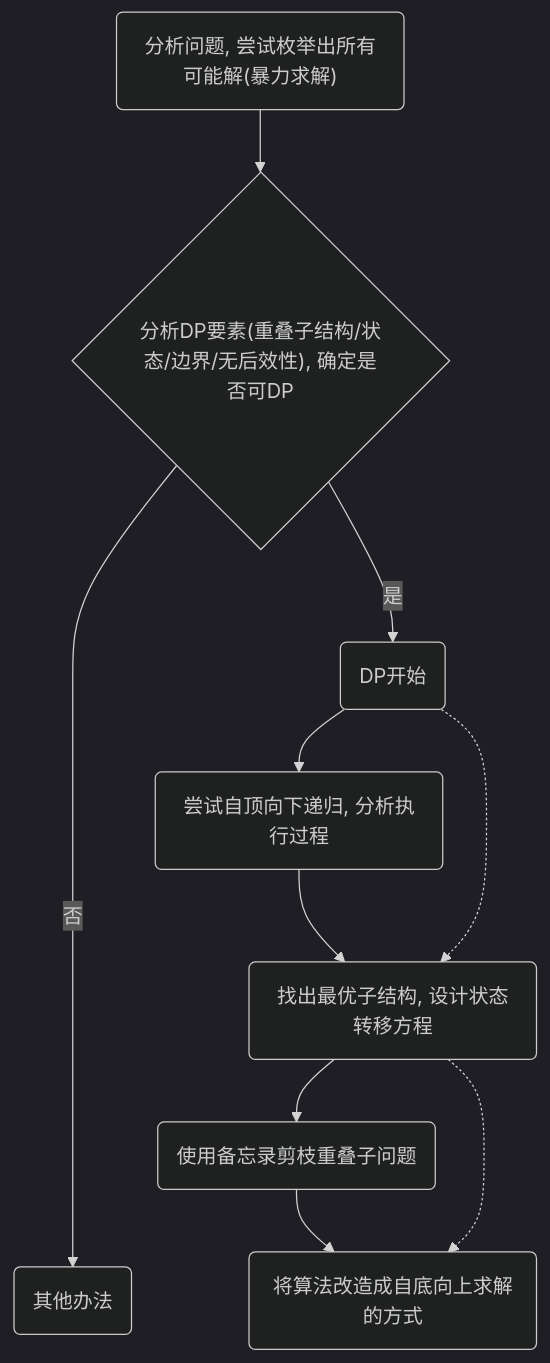
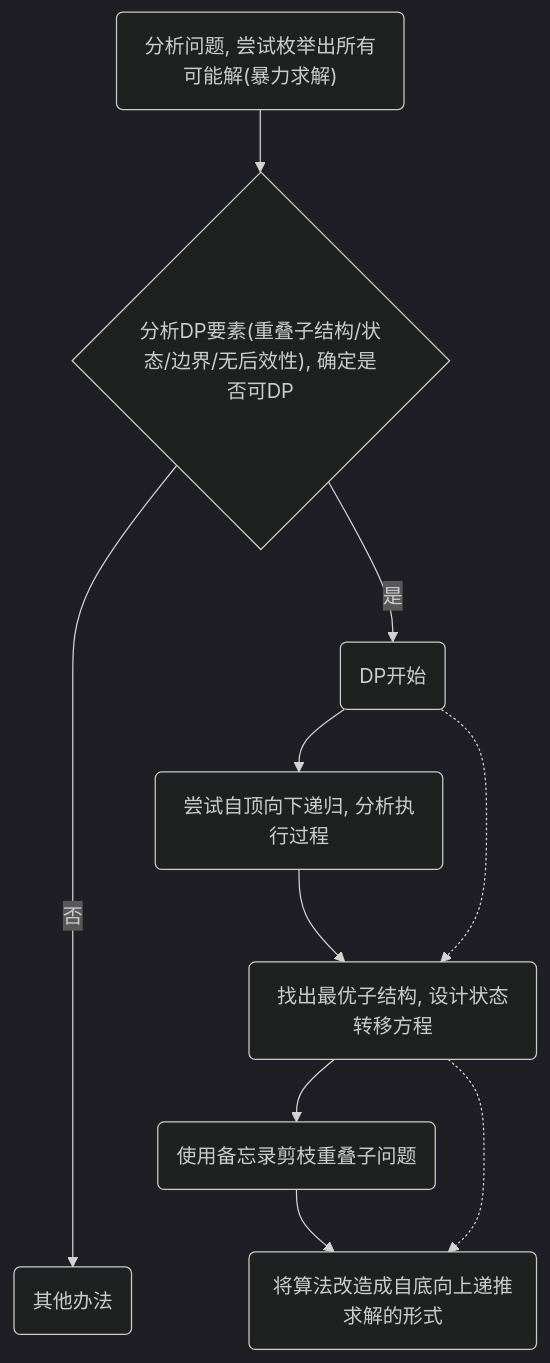
One commit to Maorey/Blog changed the fourth of 6 diagrams in docs/blog/dynamicProgramming.md. Above: the diagram before and after it, drawn with Mermaid (dark theme). The commit also changed other lines of this file, not shown here.

````diff
--- a/docs/blog/dynamicProgramming.md
+++ b/docs/blog/dynamicProgramming.md
@@ -301,12 +301,12 @@
 ```mermaid
 flowchart TB
   A("分析问题, 尝试枚举出所有可能解(暴力求解)") --> B{"分析DP要素(重叠子结构/状态/边界/无后效性), 确定是否可DP"}
   B ------> |否| D(其他办法)
   B --> |是| C(DP开始)
   C --> C1(尝试自顶向下递归, 分析执行过程)
   C1 --> C2(找出最优子结构, 设计状态转移方程)
   C2 --> C3(使用备忘录剪枝重叠子问题)
-  C3 --> C4(将算法改造成自底向上求解的方式)
+  C3 --> C4(将算法改造成自底向上递推求解的形式)
   C -.-> C2
   C2 -.-> C4
 ```
````
